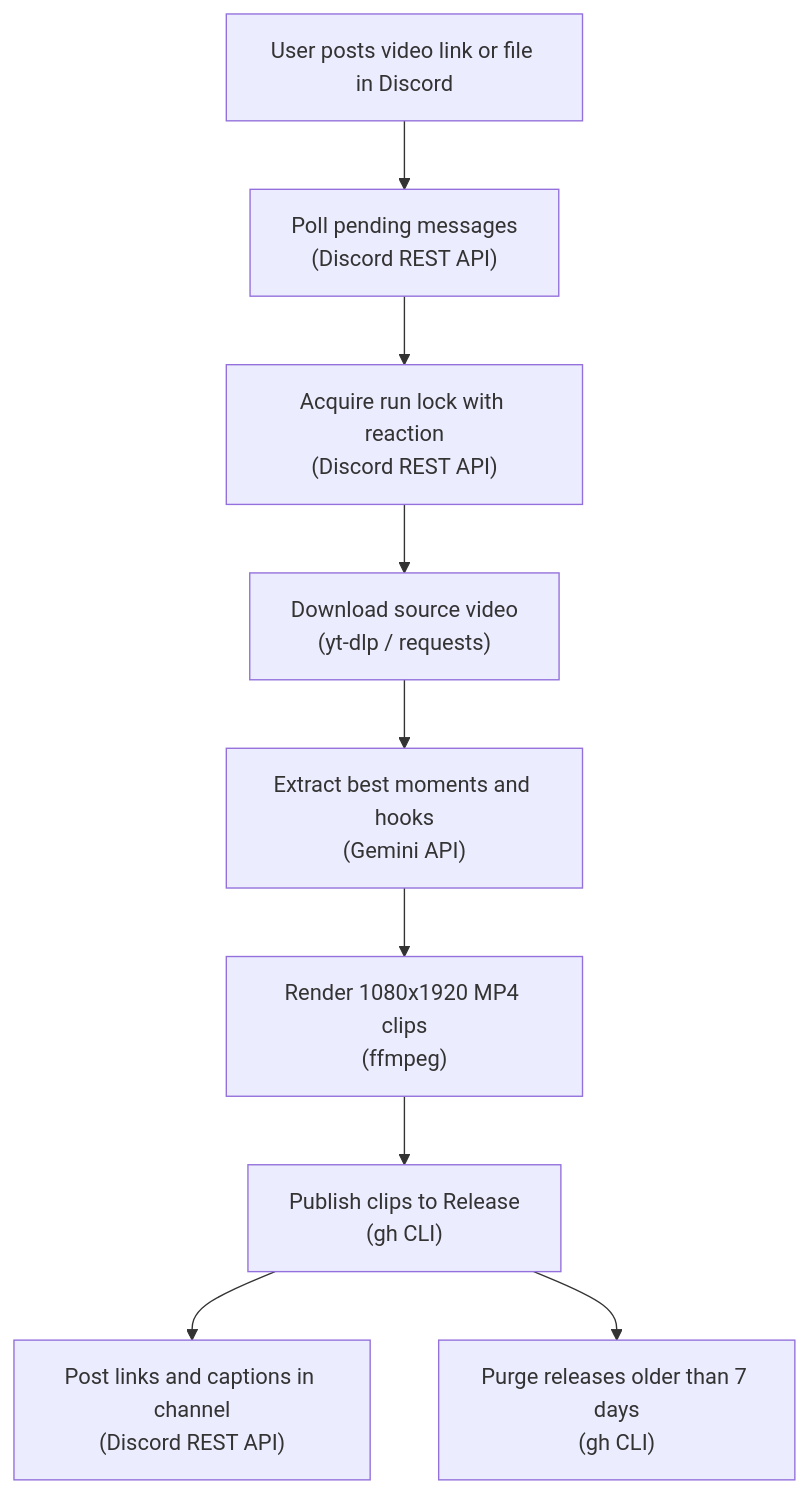
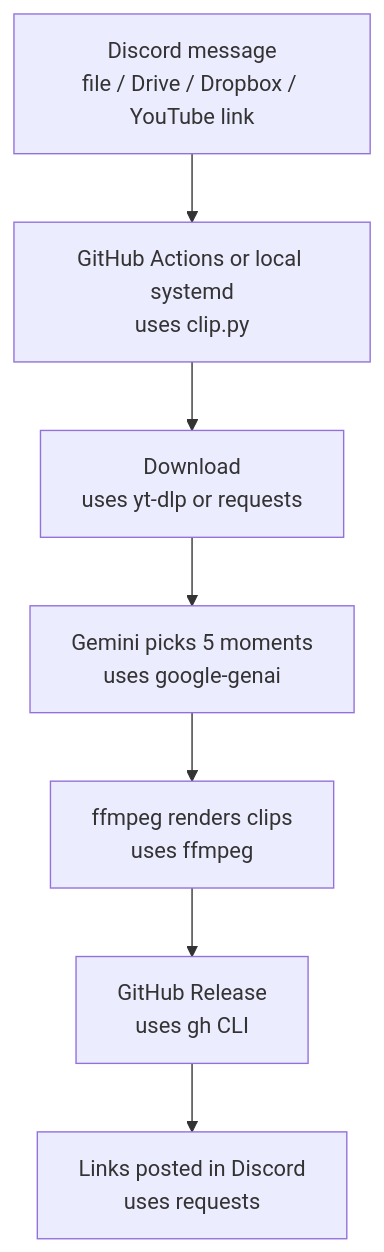
Before and after one commit to dawoodijaz1999/Doc-bot: the diagram in docs/clip-clip.md, drawn with Mermaid. The commit also changed other lines of this file and 2 other files, not shown here.

````diff
--- a/docs/clip-clip.md
+++ b/docs/clip-clip.md
@@ -11,11 +10,9 @@
 ```mermaid
 flowchart TD
-    A["User posts video link or file in Discord"] --> B["Poll pending messages<br/>(Discord REST API)"]
-    B --> C["Acquire run lock with reaction<br/>(Discord REST API)"]
-    C --> D["Download source video<br/>(yt-dlp / requests)"]
-    D --> E["Extract best moments and hooks<br/>(Gemini API)"]
-    E --> F["Render 1080x1920 MP4 clips<br/>(ffmpeg)"]
-    F --> G["Publish clips to Release<br/>(gh CLI)"]
-    G --> H["Post links and captions in channel<br/>(Discord REST API)"]
-    G --> I["Purge releases older than 7 days<br/>(gh CLI)"]
+    A["Discord message<br/>file / Drive / Dropbox / YouTube link"] --> B["GitHub Actions or local systemd<br/>uses clip.py"]
+    B --> C["Download<br/>uses yt-dlp or requests"]
+    C --> D["Gemini picks 5 moments<br/>uses google-genai"]
+    D --> E["ffmpeg renders clips<br/>uses ffmpeg"]
+    E --> F["GitHub Release<br/>uses gh CLI"]
+    F --> G["Links posted in Discord<br/>uses requests"]
 ```
````
